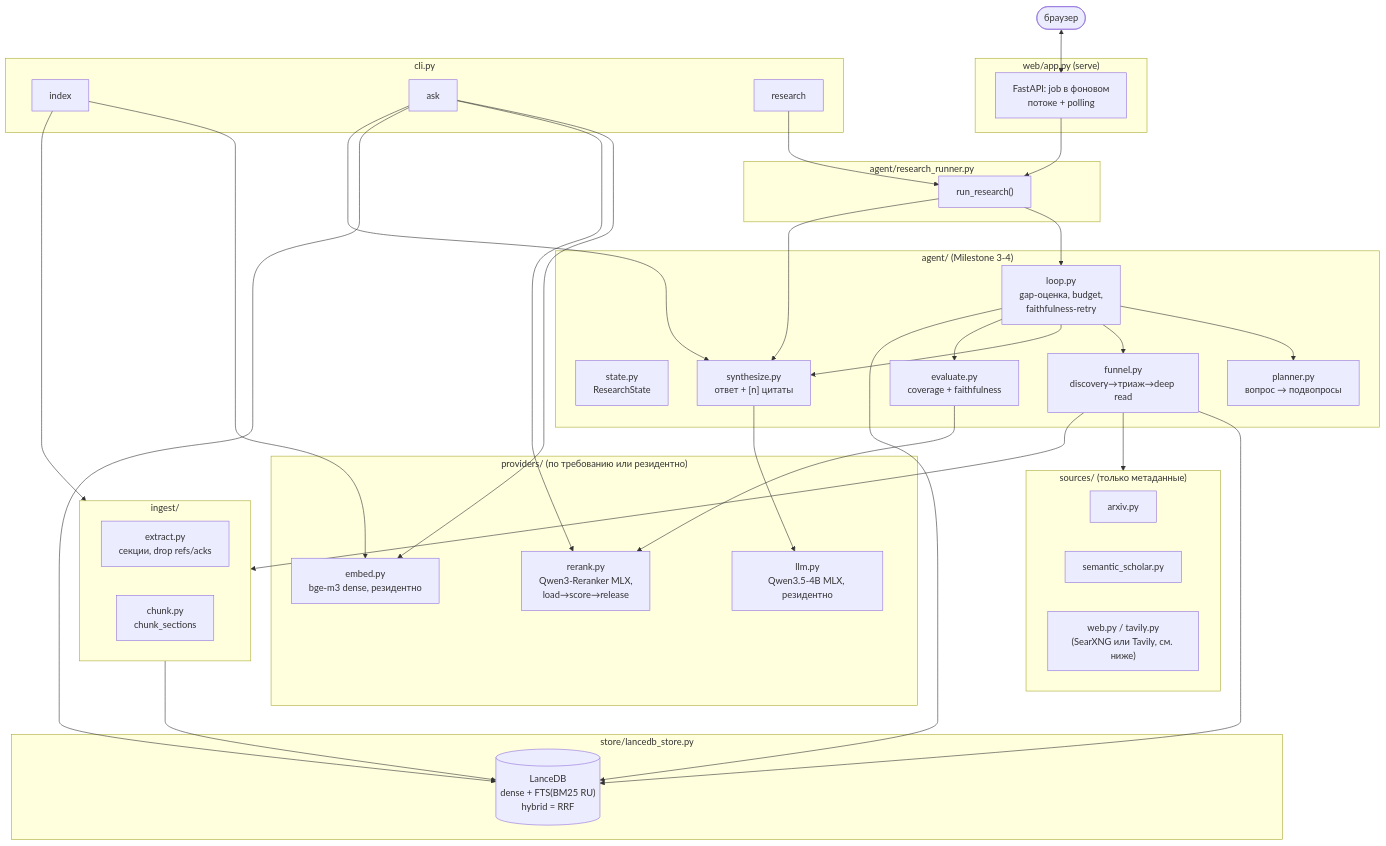
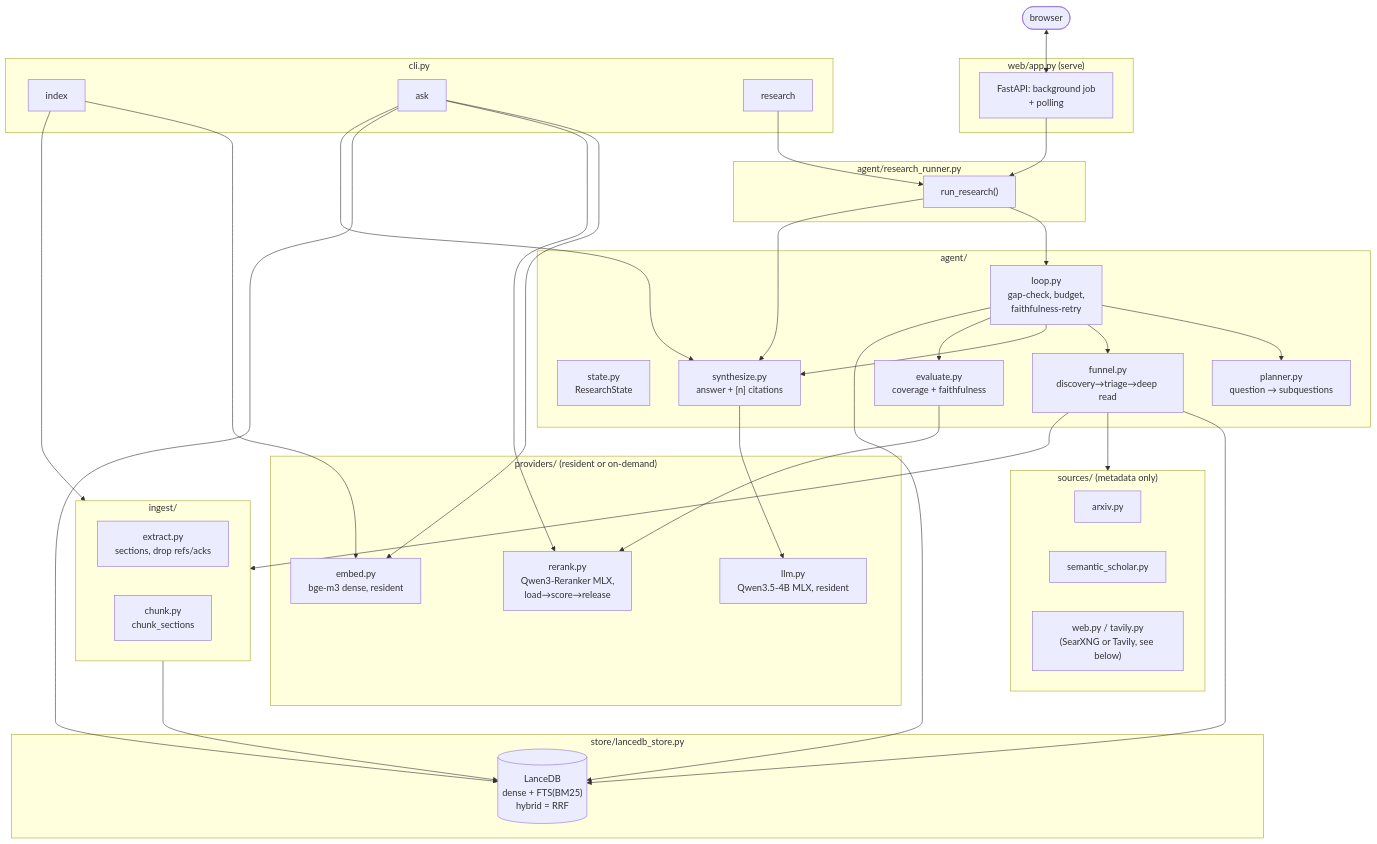
The diagram in README.md (lucenticus/local-research-agent), drawn with Mermaid before and after one commit. The commit also changed other lines of this file and 3 other files, not shown here.

````diff
--- a/README.md
+++ b/README.md
@@ -28,65 +33,65 @@
 ```mermaid
 flowchart TB
-    browser(["браузер"])
+    browser(["browser"])
 
     subgraph web["web/app.py (serve)"]
-        fastapi["FastAPI: job в фоновом<br/>потоке + polling"]
+        fastapi["FastAPI: background job<br/>+ polling"]
     end
 
     subgraph cli["cli.py"]
         index["index"]
         ask["ask"]
         research["research"]
     end
 
     subgraph runner["agent/research_runner.py"]
         rr["run_research()"]
     end
 
-    subgraph providers["providers/ (по требованию или резидентно)"]
-        embed["embed.py<br/>bge-m3 dense, резидентно"]
-        llm["llm.py<br/>Qwen3.5-4B MLX, резидентно"]
+    subgraph providers["providers/ (resident or on-demand)"]
+        embed["embed.py<br/>bge-m3 dense, resident"]
+        llm["llm.py<br/>Qwen3.5-4B MLX, resident"]
         rerank["rerank.py<br/>Qwen3-Reranker MLX,<br/>load→score→release"]
     end
 
     subgraph store["store/lancedb_store.py"]
-        lance[("LanceDB<br/>dense + FTS(BM25 RU)<br/>hybrid = RRF")]
+        lance[("LanceDB<br/>dense + FTS(BM25)<br/>hybrid = RRF")]
     end
 
     subgraph ingest["ingest/"]
-        extract["extract.py<br/>секции, drop refs/acks"]
+        extract["extract.py<br/>sections, drop refs/acks"]
         chunk["chunk.py<br/>chunk_sections"]
     end
 
-    subgraph agent["agent/ (Milestone 3-4)"]
+    subgraph agent["agent/"]
         state["state.py<br/>ResearchState"]
-        planner["planner.py<br/>вопрос → подвопросы"]
-        funnel["funnel.py<br/>discovery→триаж→deep read"]
-        loop["loop.py<br/>gap-оценка, budget,<br/>faithfulness-retry"]
-        synth["synthesize.py<br/>ответ + [n] цитаты"]
+        planner["planner.py<br/>question → subquestions"]
+        funnel["funnel.py<br/>discovery→triage→deep read"]
+        loop["loop.py<br/>gap-check, budget,<br/>faithfulness-retry"]
+        synth["synthesize.py<br/>answer + [n] citations"]
         eval["evaluate.py<br/>coverage + faithfulness"]
     end
 
-    subgraph sources["sources/ (только метаданные)"]
+    subgraph sources["sources/ (metadata only)"]
         arxiv["arxiv.py"]
         s2["semantic_scholar.py"]
-        websearch["web.py / tavily.py<br/>(SearXNG или Tavily, см. ниже)"]
+        websearch["web.py / tavily.py<br/>(SearXNG or Tavily, see below)"]
     end
 
     browser <--> fastapi
     fastapi --> rr
     research --> rr
     rr --> loop
     rr --> synth
 
     index --> ingest --> lance
     index --> embed
     ask --> embed & rerank & lance & synth
     loop --> planner & funnel & synth & eval
     funnel --> sources
     funnel --> ingest
     funnel --> lance
     loop --> lance
     eval --> rerank
     synth --> llm
 ```
````
